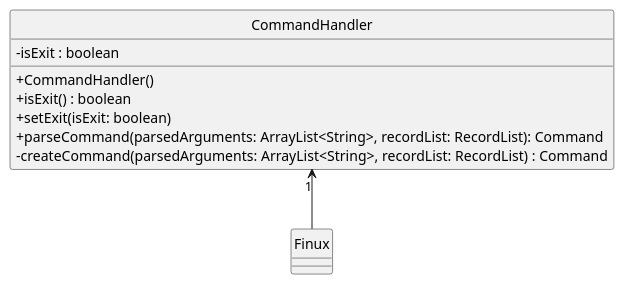
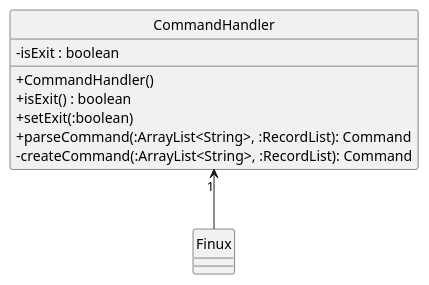
Before and after one commit to nus-cs2113-AY2021S2/tp: the diagram in docs/diagrams/CommandHandlerClassDiagram.puml, drawn with PlantUML. The commit also changed 9 other files, not shown here.

Commit message:
Update diagrams after review

```diff
--- a/docs/diagrams/CommandHandlerClassDiagram.puml
+++ b/docs/diagrams/CommandHandlerClassDiagram.puml
@@ -1,20 +1,20 @@
 @startuml
 skinparam classAttributeIconSize 0
 hide circle
 
 class CommandHandler {
     -isExit : boolean
     +CommandHandler()
     +isExit() : boolean
-    +setExit(isExit: boolean)
-    +parseCommand(parsedArguments: ArrayList<String>, recordList: RecordList): Command
-    -createCommand(parsedArguments: ArrayList<String>, recordList: RecordList) : Command
+    +setExit(:boolean)
+    +parseCommand(:ArrayList<String>, :RecordList): Command
+    -createCommand(:ArrayList<String>, :RecordList): Command
 }
 
 class Finux {
 
 }
 
 CommandHandler"1" <-- Finux
 
 @enduml
```
